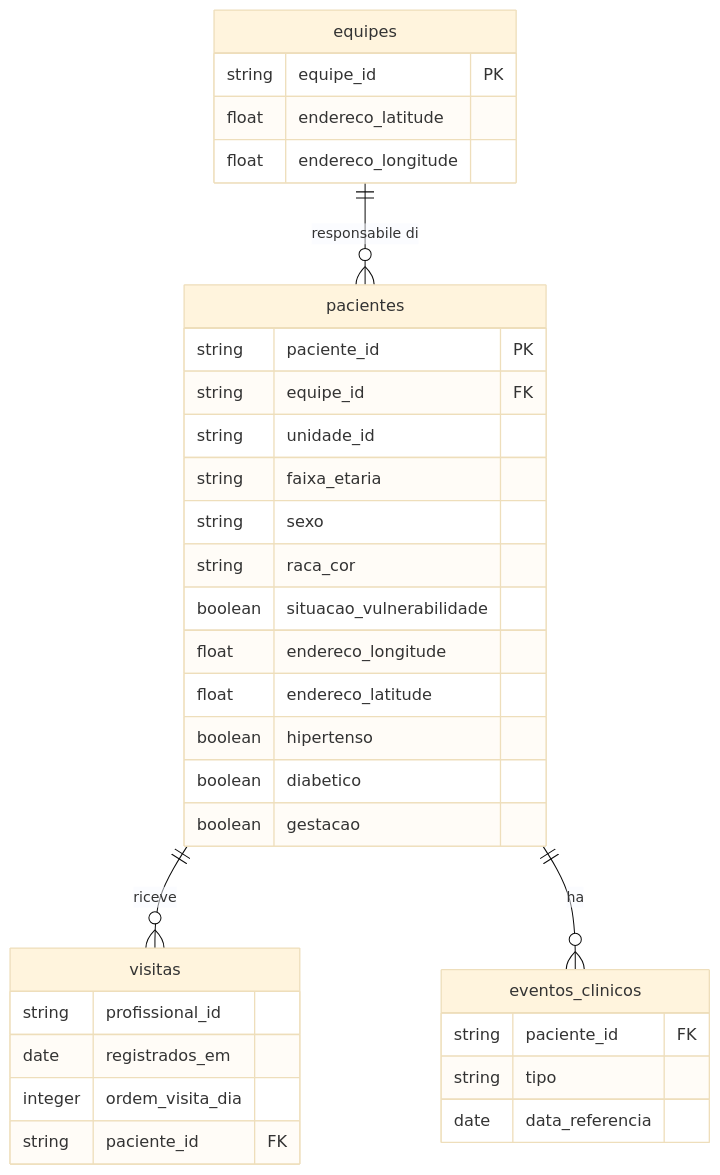
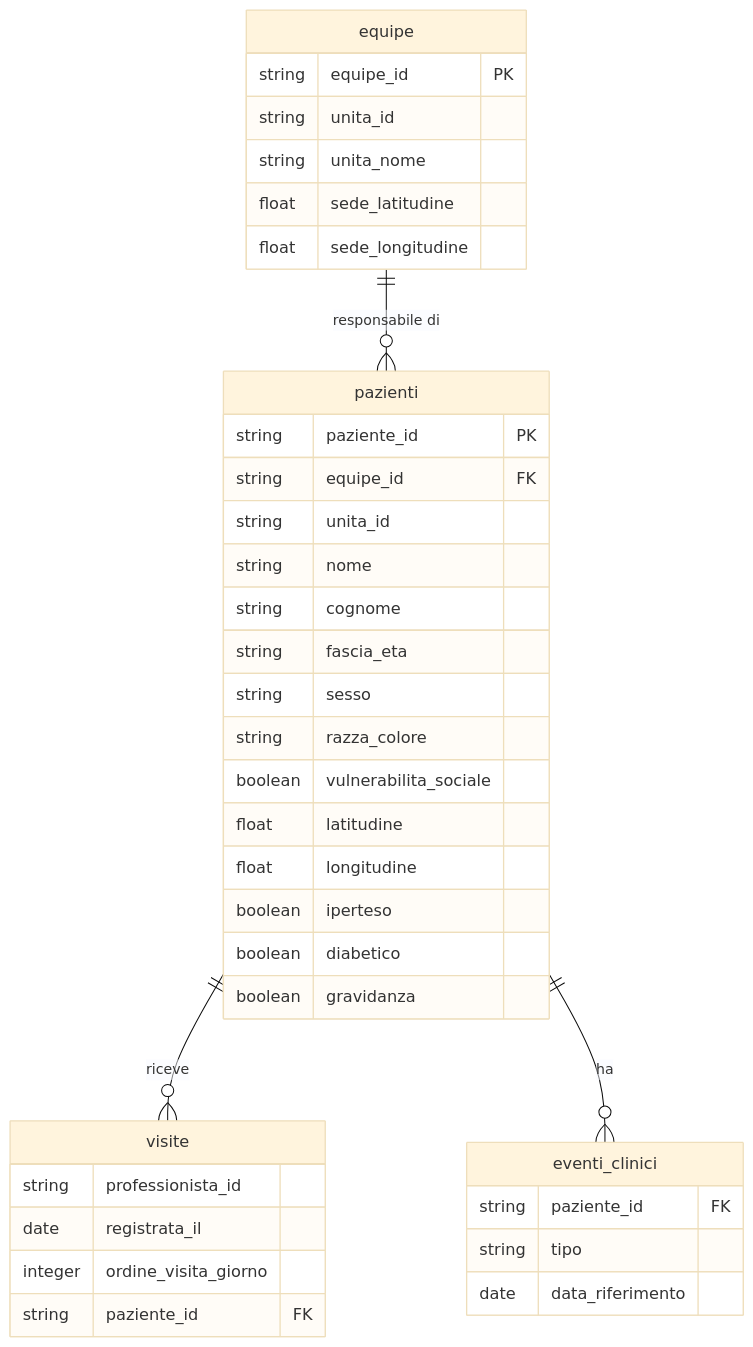
One commit to vinicius-saraiva/visitare-case-it changed the diagram in README.md. Above: the diagram before and after it, drawn with Mermaid (base theme). The commit also changed other lines of this file and 13 other files, not shown here.

````diff
--- a/README.md
+++ b/README.md
@@ -119,40 +123,44 @@
 ```mermaid
 erDiagram
-    equipes ||--o{ pacientes : "responsabile di"
-    pacientes ||--o{ visitas : "riceve"
-    pacientes ||--o{ eventos_clinicos : "ha"
+    equipe ||--o{ pazienti : "responsabile di"
+    pazienti ||--o{ visite : "riceve"
+    pazienti ||--o{ eventi_clinici : "ha"
 
-    equipes {
+    equipe {
         string equipe_id PK
-        float endereco_latitude
-        float endereco_longitude
+        string unita_id
+        string unita_nome
+        float sede_latitudine
+        float sede_longitudine
     }
 
-    pacientes {
-        string paciente_id PK
+    pazienti {
+        string paziente_id PK
         string equipe_id FK
-        string unidade_id
-        string faixa_etaria
-        string sexo
-        string raca_cor
-        boolean situacao_vulnerabilidade
-        float endereco_longitude
-        float endereco_latitude
-        boolean hipertenso
+        string unita_id
+        string nome
+        string cognome
+        string fascia_eta
+        string sesso
+        string razza_colore
+        boolean vulnerabilita_sociale
+        float latitudine
+        float longitudine
+        boolean iperteso
         boolean diabetico
-        boolean gestacao
+        boolean gravidanza
     }
 
-    visitas {
-        string profissional_id
-        date registrados_em
-        integer ordem_visita_dia
-        string paciente_id FK
+    visite {
+        string professionista_id
+        date registrata_il
+        integer ordine_visita_giorno
+        string paziente_id FK
     }
 
-    eventos_clinicos {
-        string paciente_id FK
+    eventi_clinici {
+        string paziente_id FK
         string tipo
-        date data_referencia
+        date data_riferimento
     }
 ```
````
